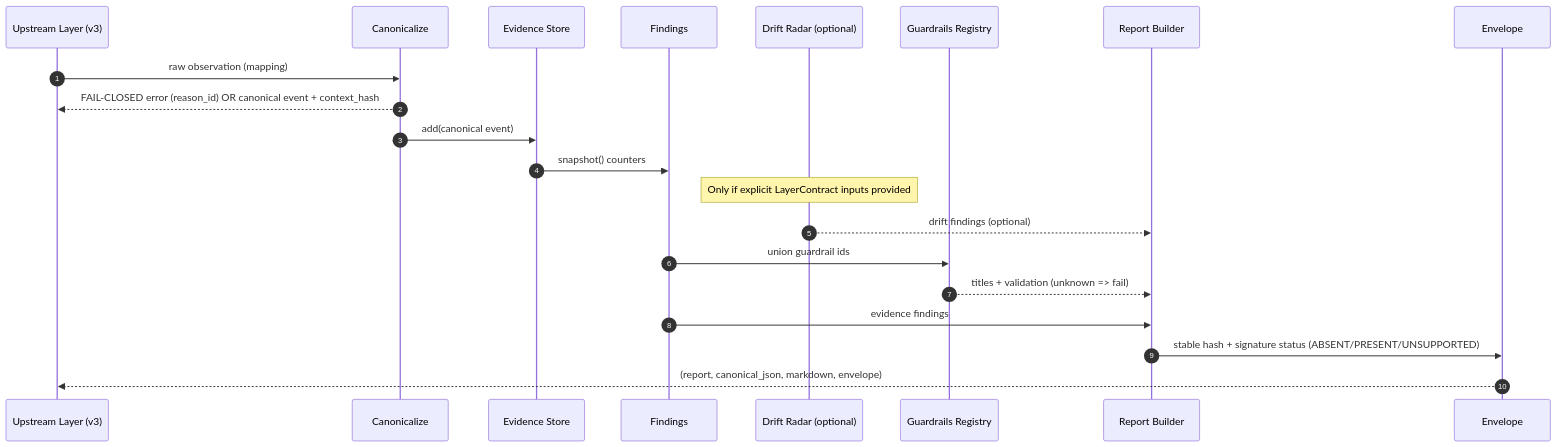
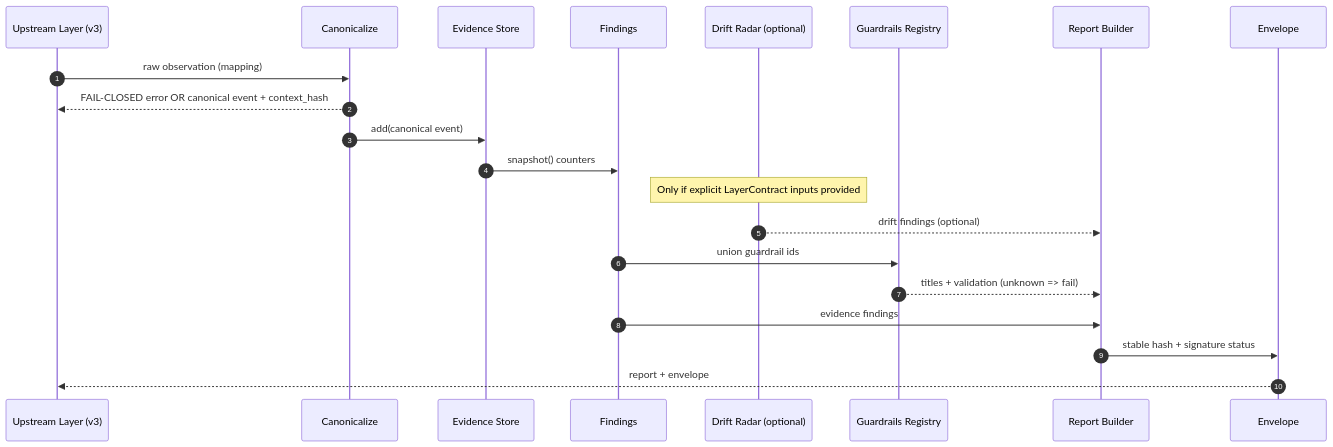
One commit to DarekDGB/DigiByte-Adaptive-Core changed the second of 4 diagrams in docs/reports/v3/ADAPTIVE_CORE_V3_DIAGRAMS.md. Above: the diagram before and after it, drawn with Mermaid. The commit also changed other lines of this file, not shown here.

Commit message:
docs(v3): fix Adaptive Core v3 architecture diagrams (GitHub-safe Mermaid)

````diff
--- a/docs/reports/v3/ADAPTIVE_CORE_V3_DIAGRAMS.md
+++ b/docs/reports/v3/ADAPTIVE_CORE_V3_DIAGRAMS.md
@@ -51,24 +51,24 @@
 ```mermaid
 sequenceDiagram
   autonumber
   participant L as Upstream Layer (v3)
   participant C as Canonicalize
   participant E as Evidence Store
   participant F as Findings
   participant D as Drift Radar (optional)
   participant V as Guardrails Registry
   participant R as Report Builder
   participant H as Envelope
 
   L->>C: raw observation (mapping)
-  C-->>L: FAIL-CLOSED error (reason_id) OR canonical event + context_hash
+  C-->>L: FAIL-CLOSED error OR canonical event + context_hash
   C->>E: add(canonical event)
   E->>F: snapshot() counters
   Note over D: Only if explicit LayerContract inputs provided
   D-->>R: drift findings (optional)
   F->>V: union guardrail ids
   V-->>R: titles + validation (unknown => fail)
   F->>R: evidence findings
-  R->>H: stable hash + signature status (ABSENT/PRESENT/UNSUPPORTED)
-  H-->>L: (report, canonical_json, markdown, envelope)
+  R->>H: stable hash + signature status
+  H-->>L: report + envelope
 ```
````
